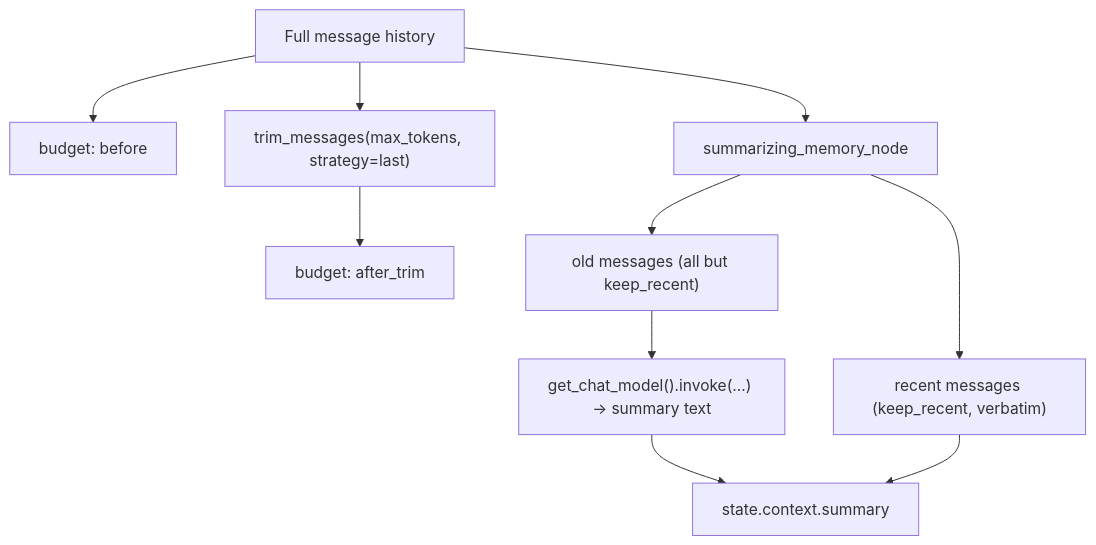
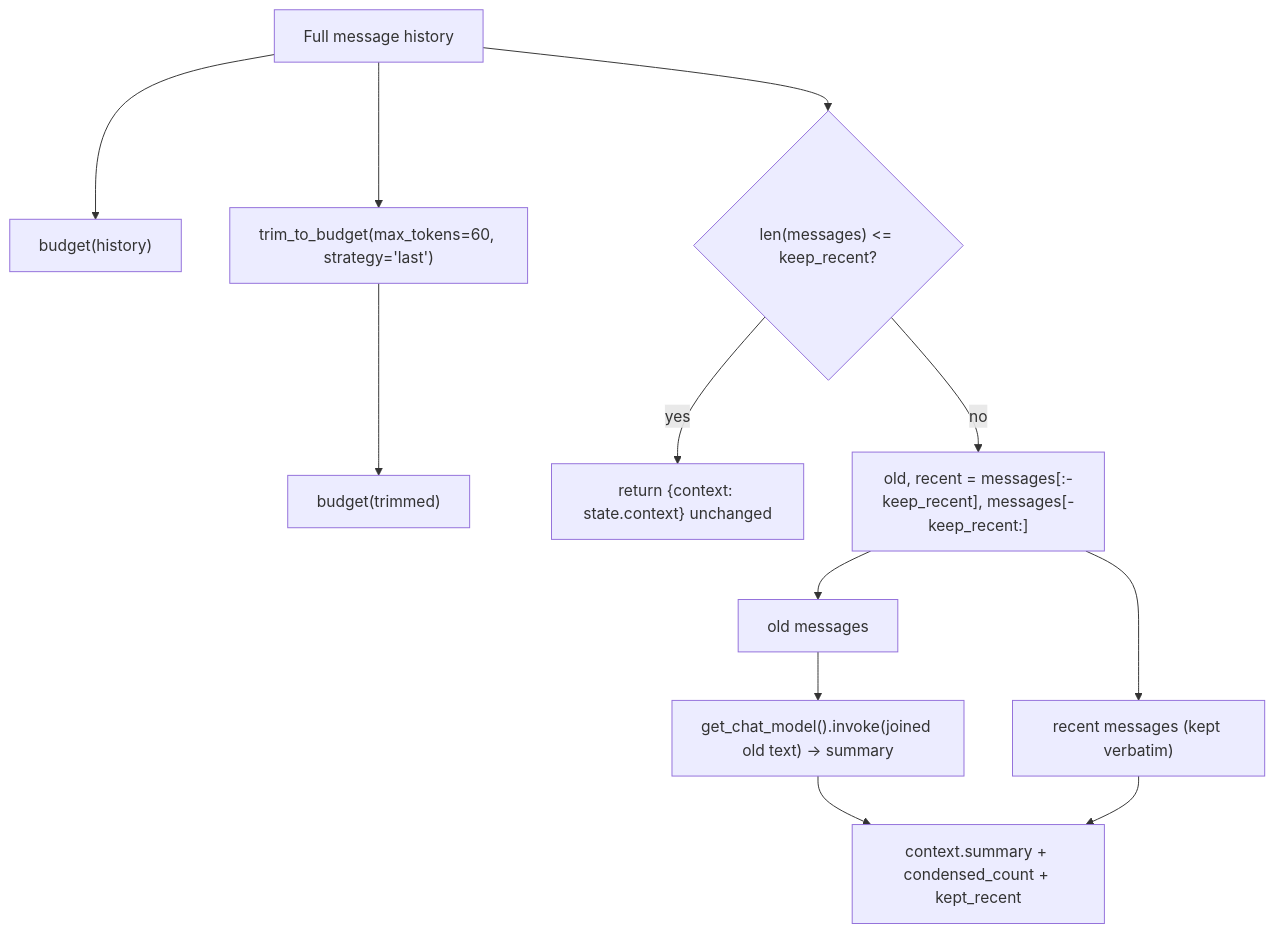
Before and after one commit to xergioalex/agent-lab: the first of 3 diagrams in src/19_context_engineering/README.md, drawn with Mermaid. The commit also changed other lines of this file and 64 other files, not shown here.

First line of the commit message:
docs(docs): premium Mermaid diagram pass on all 64 module READMEs

````diff
--- a/src/19_context_engineering/README.md
+++ b/src/19_context_engineering/README.md
@@ -50,12 +50,14 @@
 ```mermaid
-graph TD
-    H[Full message history] --> B1[budget: before]
-    H --> Trim["trim_messages(max_tokens, strategy=last)"]
-    Trim --> B2[budget: after_trim]
-    H --> Mem[summarizing_memory_node]
-    Mem --> Old["old messages (all but keep_recent)"]
-    Mem --> Recent["recent messages (keep_recent, verbatim)"]
-    Old --> Sum["get_chat_model().invoke(...) -> summary text"]
-    Sum --> Ctx["state.context.summary"]
+flowchart TD
+    H["Full message history"] --> B1["budget(history)"]
+    H --> Trim["trim_to_budget(max_tokens=60, strategy='last')"]
+    Trim --> B2["budget(trimmed)"]
+    H --> Guard{"len(messages) <= keep_recent?"}
+    Guard -->|"yes"| NoOp["return {context: state.context} unchanged"]
+    Guard -->|"no"| Split["old, recent = messages[:-keep_recent], messages[-keep_recent:]"]
+    Split --> Old["old messages"]
+    Split --> Recent["recent messages (kept verbatim)"]
+    Old --> Sum["get_chat_model().invoke(joined old text) -> summary"]
+    Sum --> Ctx["context.summary + condensed_count + kept_recent"]
     Recent --> Ctx
 ```
````
